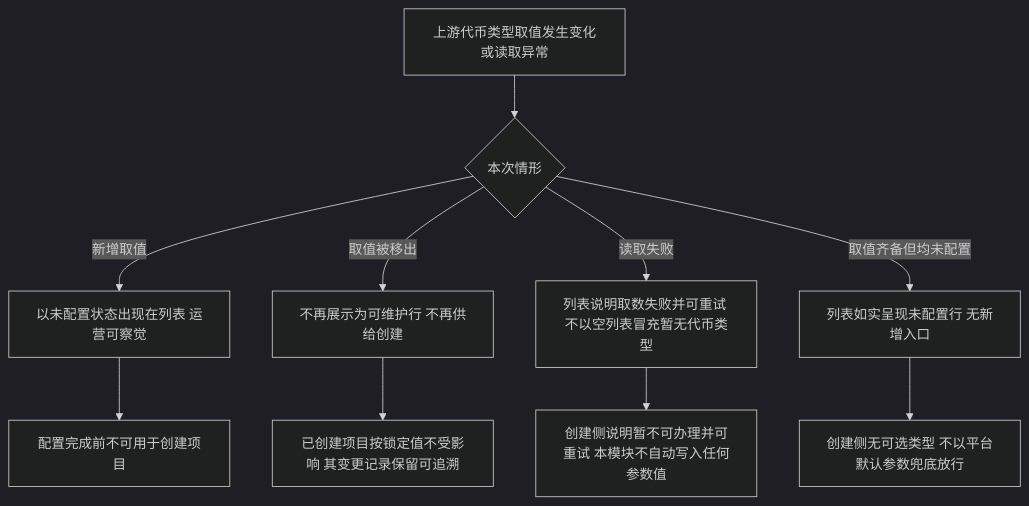
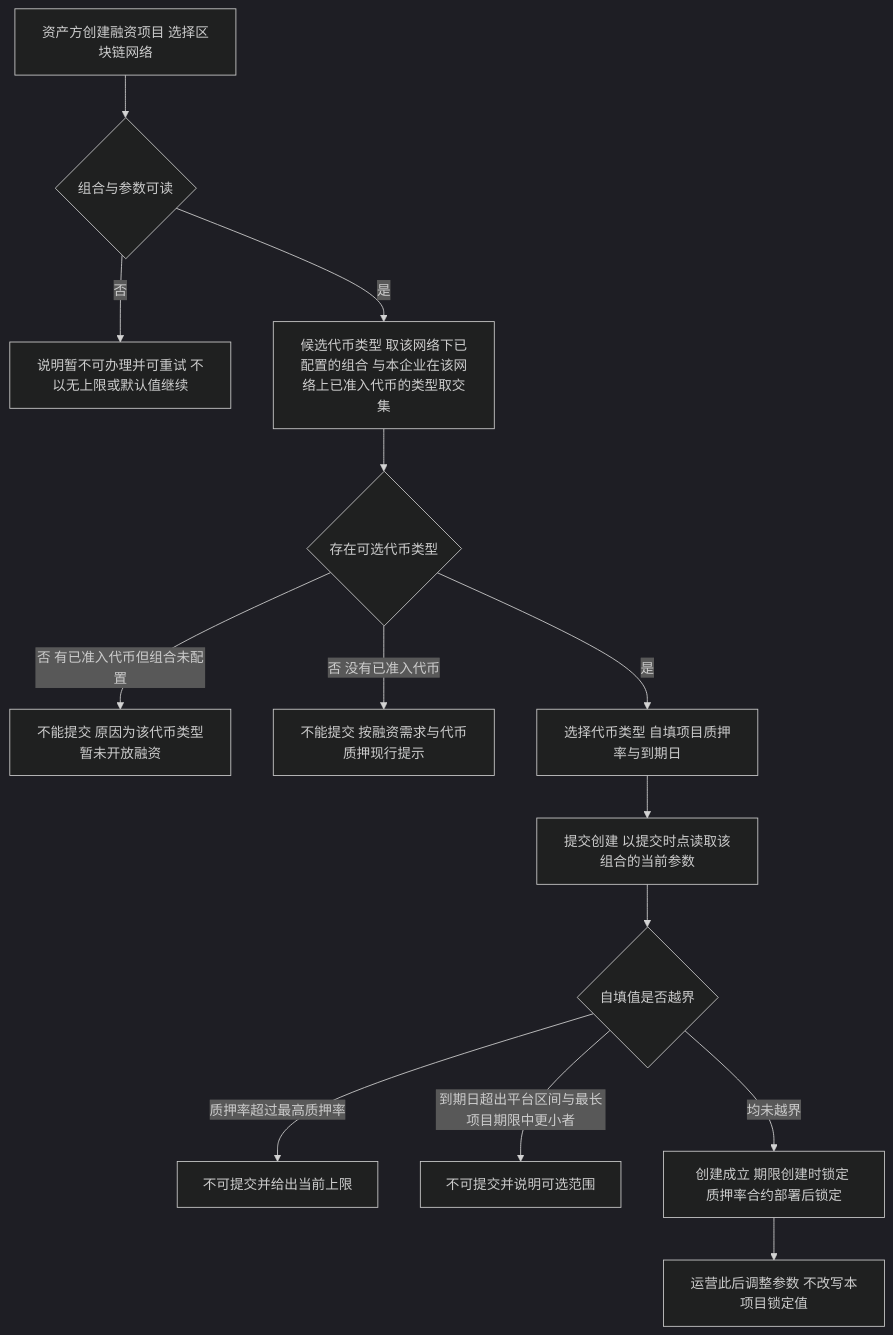
Before and after one commit to wxblockchain/Chain-Financing: the third of 5 diagrams in lending-platform/PRD/运营端/02-运营端融资参数配置/02-运营端融资参数配置-流程图与状态机.md, drawn with Mermaid (dark theme). The commit also changed other lines of this file and 14 other files, not shown here.

````diff
--- a/lending-platform/PRD/运营端/02-运营端融资参数配置/02-运营端融资参数配置-流程图与状态机.md
+++ b/lending-platform/PRD/运营端/02-运营端融资参数配置/02-运营端融资参数配置-流程图与状态机.md
@@ -73,12 +70,16 @@
 ```mermaid
 flowchart TD
-    A[上游代币类型取值发生变化或读取异常] --> B{本次情形}
-    B -->|新增取值| C[以未配置状态出现在列表 运营可察觉]
-    C --> D[配置完成前不可用于创建项目]
-    B -->|取值被移出| E[不再展示为可维护行 不再供给创建]
-    E --> F[已创建项目按锁定值不受影响 其变更记录保留可追溯]
-    B -->|读取失败| G[列表说明取数失败并可重试 不以空列表冒充暂无代币类型]
-    G --> H[创建侧说明暂不可办理并可重试 本模块不自动写入任何参数值]
-    B -->|取值齐备但均未配置| I[列表如实呈现未配置行 无新增入口]
-    I --> J[创建侧无可选类型 不以平台默认参数兜底放行]
+    A[资产方创建融资项目 选择区块链网络] --> B{组合与参数可读}
+    B -->|否| C[说明暂不可办理并可重试 不以无上限或默认值继续]
+    B -->|是| D[候选代币类型 取该网络下已配置的组合 与本企业在该网络上已准入代币的类型取交集]
+    D --> E{存在可选代币类型}
+    E -->|否 有已准入代币但组合未配置| F[不能提交 原因为该代币类型暂未开放融资]
+    E -->|否 没有已准入代币| G[不能提交 按融资需求与代币质押现行提示]
+    E -->|是| H[选择代币类型 自填项目质押率与到期日]
+    H --> I[提交创建 以提交时点读取该组合的当前参数]
+    I --> J{自填值是否越界}
+    J -->|质押率超过最高质押率| K[不可提交并给出当前上限]
+    J -->|到期日超出平台区间与最长项目期限中更小者| L[不可提交并说明可选范围]
+    J -->|均未越界| M[创建成立 期限创建时锁定 质押率合约部署后锁定]
+    M --> N[运营此后调整参数 不改写本项目锁定值]
 ```
````
